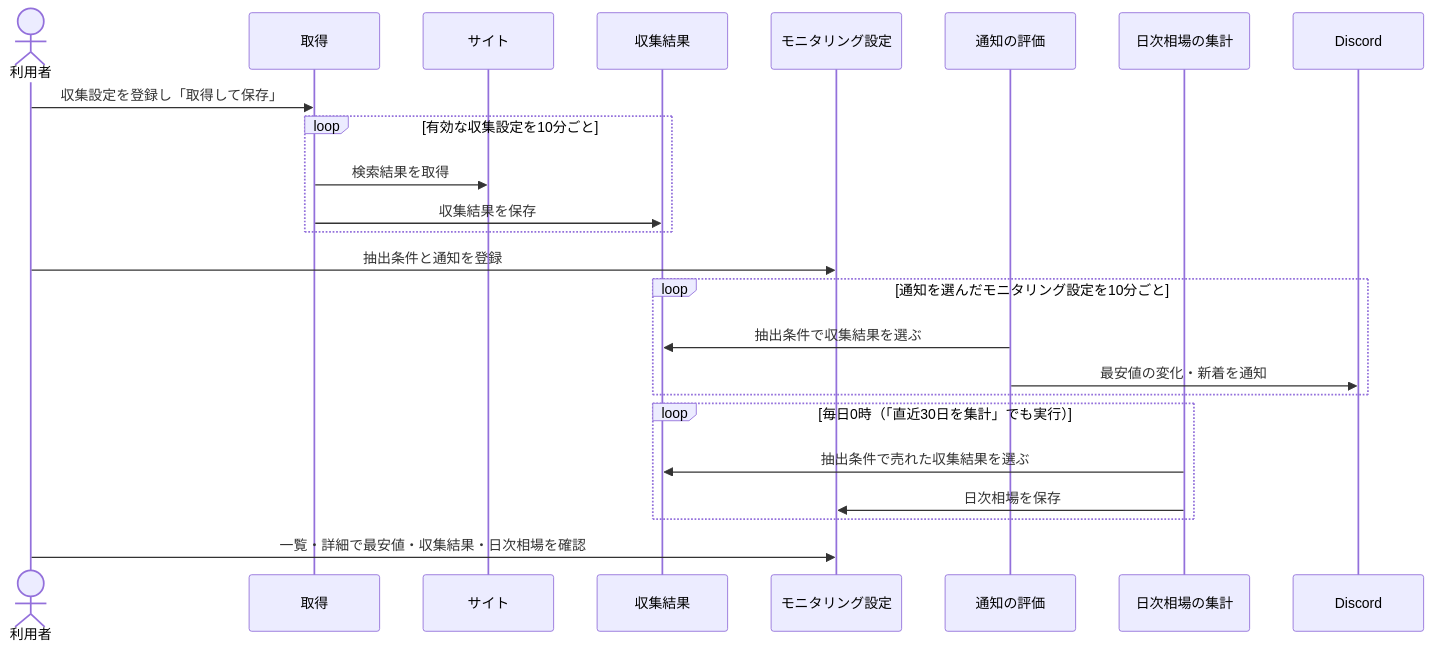
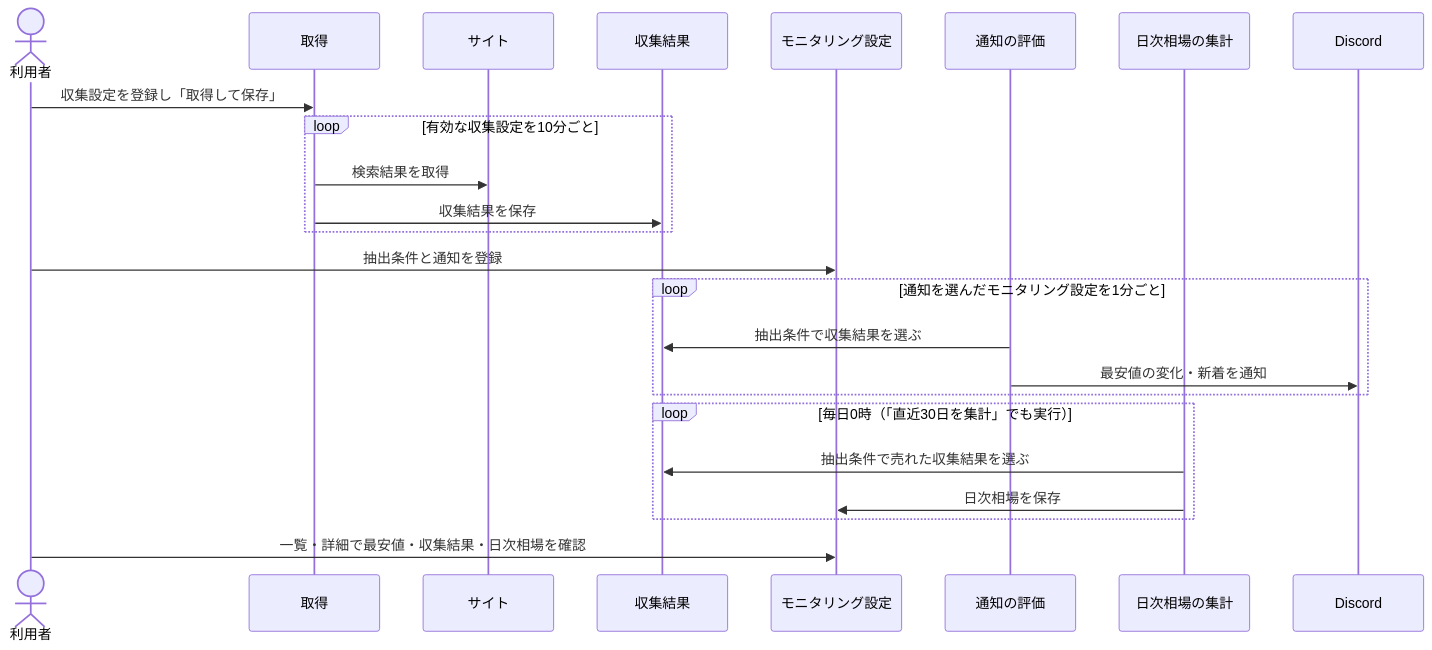
Before and after one commit to kuroweb/price-monitoring: the first of 2 diagrams in docs/features/product-monitoring/operations.md, drawn with Mermaid. The commit also changed other lines of this file and 2 other files, not shown here.

````diff
--- a/docs/features/product-monitoring/operations.md
+++ b/docs/features/product-monitoring/operations.md
@@ -7,26 +7,26 @@
 ```mermaid
 sequenceDiagram
     actor user as 利用者
     participant crawl as 取得
     participant site as サイト
     participant result as 収集結果
     participant monitor as モニタリング設定
     participant notify as 通知の評価
     participant daily as 日次相場の集計
     participant discord as Discord
     user->>crawl: 収集設定を登録し「取得して保存」
     loop 有効な収集設定を10分ごと
         crawl->>site: 検索結果を取得
         crawl->>result: 収集結果を保存
     end
     user->>monitor: 抽出条件と通知を登録
-    loop 通知を選んだモニタリング設定を10分ごと
+    loop 通知を選んだモニタリング設定を1分ごと
         notify->>result: 抽出条件で収集結果を選ぶ
         notify->>discord: 最安値の変化・新着を通知
     end
     loop 毎日0時（「直近30日を集計」でも実行）
         daily->>result: 抽出条件で売れた収集結果を選ぶ
         daily->>monitor: 日次相場を保存
     end
     user->>monitor: 一覧・詳細で最安値・収集結果・日次相場を確認
 ```
````
